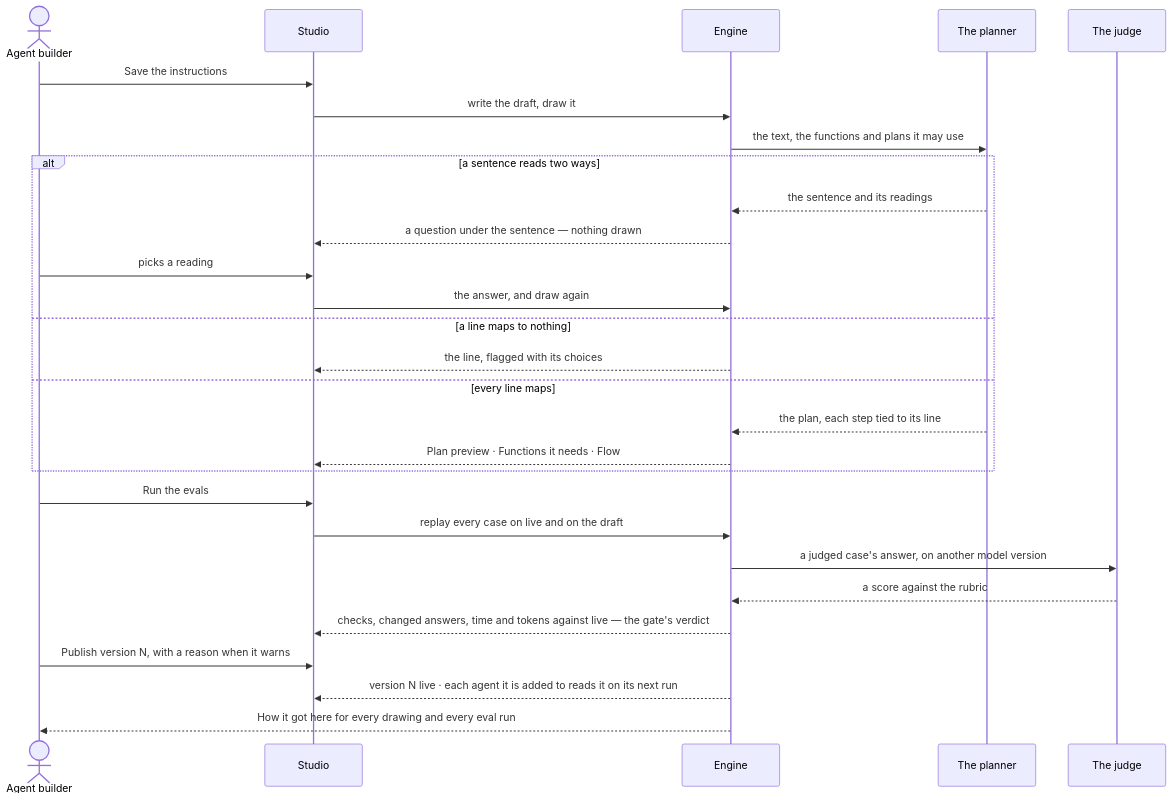
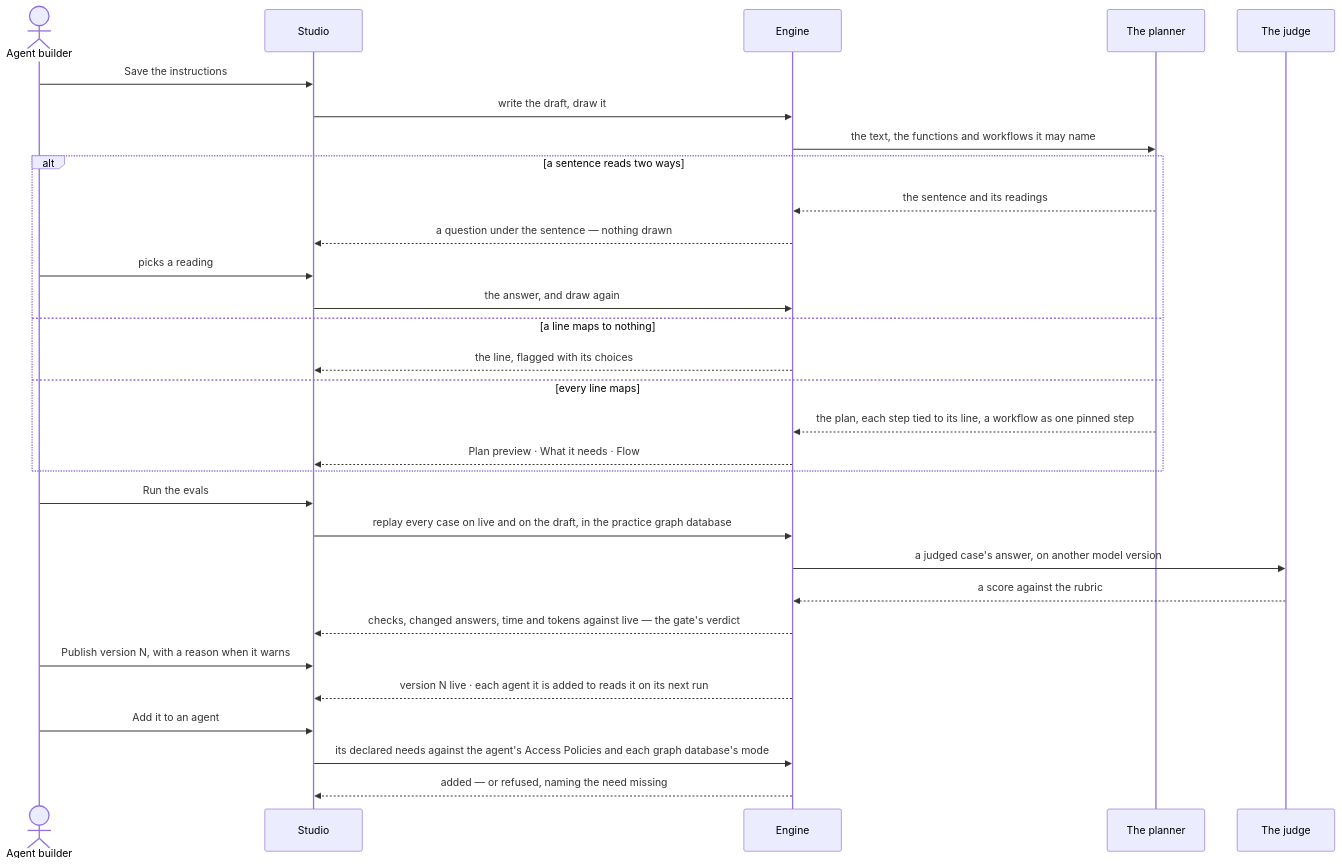
One commit to invana/invana changed the second of 2 diagrams in specs/capabilities/agents/features/AG-F04-skills/feature.md. Above: the diagram before and after it, drawn with Mermaid. The commit also changed other lines of this file and 522 other files, not shown here.

````diff
--- a/specs/capabilities/agents/features/AG-F04-skills/feature.md
+++ b/specs/capabilities/agents/features/AG-F04-skills/feature.md
@@ -82,30 +86,32 @@
 ```mermaid
 sequenceDiagram
   actor B as Agent builder
   participant S as Studio
   participant E as Engine
   participant P as The planner
   participant J as The judge
   B->>S: Save the instructions
   S->>E: write the draft, draw it
-  E->>P: the text, the functions and plans it may use
+  E->>P: the text, the functions and workflows it may name
   alt a sentence reads two ways
     P-->>E: the sentence and its readings
     E-->>S: a question under the sentence — nothing drawn
     B->>S: picks a reading
     S->>E: the answer, and draw again
   else a line maps to nothing
     E-->>S: the line, flagged with its choices
   else every line maps
-    P-->>E: the plan, each step tied to its line
-    E-->>S: Plan preview · Functions it needs · Flow
+    P-->>E: the plan, each step tied to its line, a workflow as one pinned step
+    E-->>S: Plan preview · What it needs · Flow
   end
   B->>S: Run the evals
-  S->>E: replay every case on live and on the draft
+  S->>E: replay every case on live and on the draft, in the practice graph database
   E->>J: a judged case's answer, on another model version
   J-->>E: a score against the rubric
   E-->>S: checks, changed answers, time and tokens against live — the gate's verdict
   B->>S: Publish version N, with a reason when it warns
   E-->>S: version N live · each agent it is added to reads it on its next run
-  E-->>B: How it got here for every drawing and every eval run
+  B->>S: Add it to an agent
+  S->>E: its declared needs against the agent's Access Policies and each graph database's mode
+  E-->>S: added — or refused, naming the need missing
 ```
````
